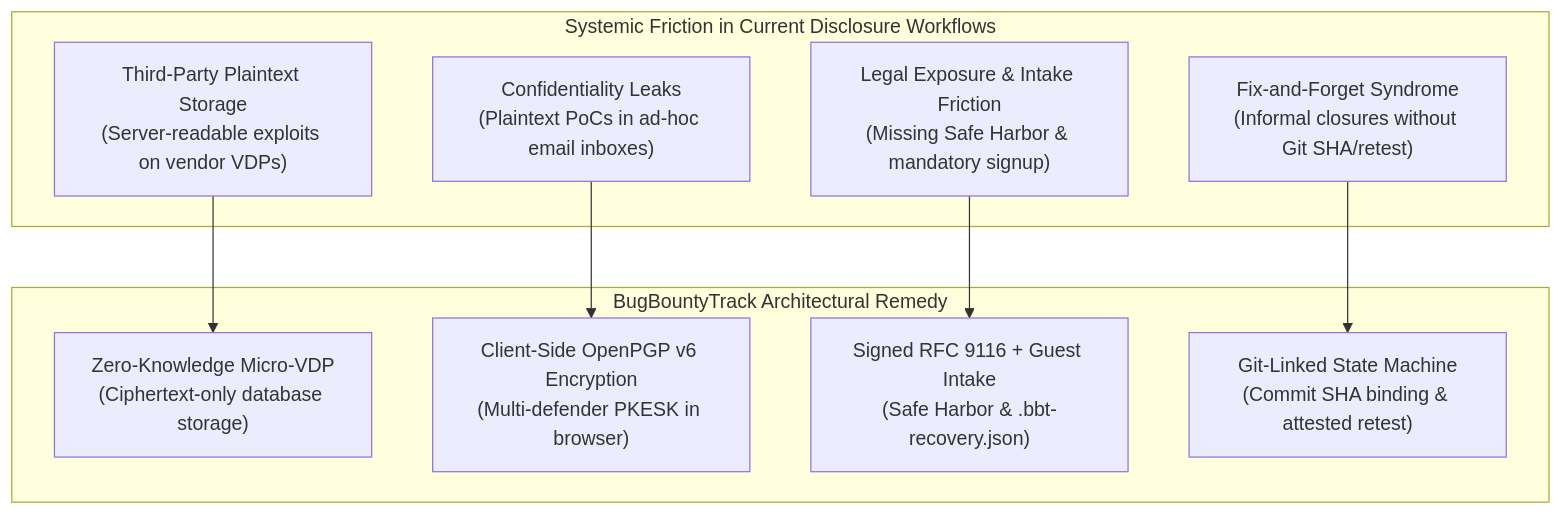
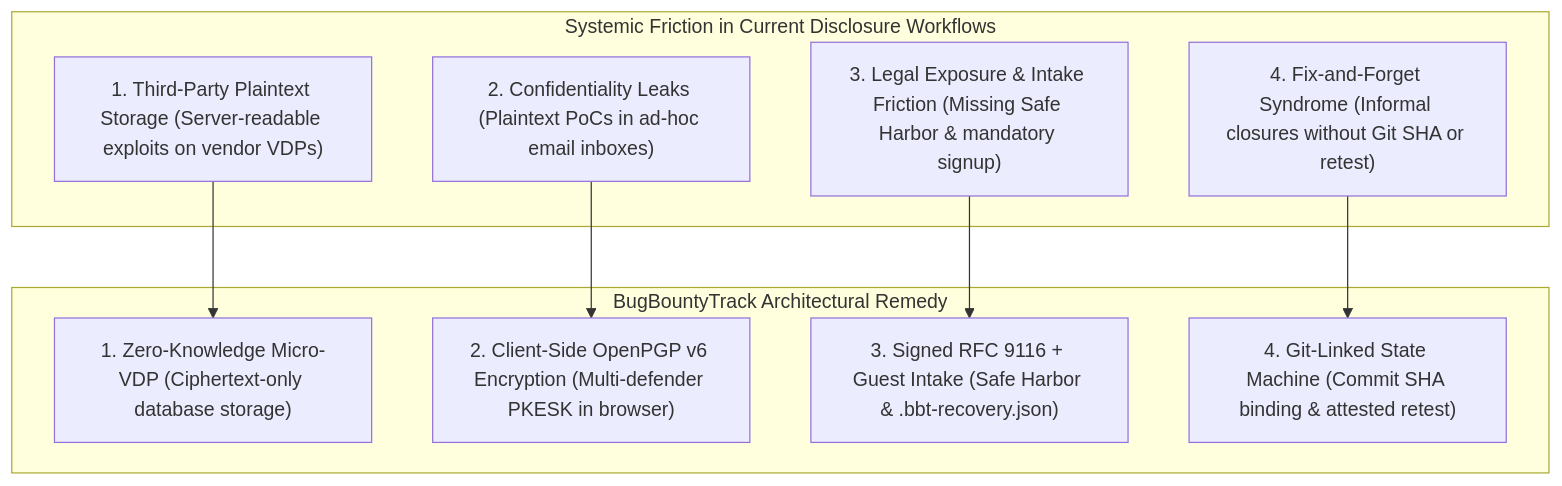
Before and after one commit to Taha-Asad/BugBountyTracker: the first of 2 diagrams in requirements/WEEK_1_DISCOVERY_REPORT.md, drawn with Mermaid. The commit also changed other lines of this file and 7 other files, not shown here.

Commit message:
fix(week1): resolve markdown table underscore emphasis, heading spacing, and mermaid syntax

````diff
--- a/requirements/WEEK_1_DISCOVERY_REPORT.md
+++ b/requirements/WEEK_1_DISCOVERY_REPORT.md
@@ -50,21 +52,21 @@
 ```mermaid
 flowchart TD
     subgraph Friction["Systemic Friction in Current Disclosure Workflows"]
-        F1["Third-Party Plaintext Storage<br/>(Server-readable exploits on vendor VDPs)"]
-        F2["Confidentiality Leaks<br/>(Plaintext PoCs in ad-hoc email inboxes)"]
-        F3["Legal Exposure & Intake Friction<br/>(Missing Safe Harbor & mandatory signup)"]
-        F4["Fix-and-Forget Syndrome<br/>(Informal closures without Git SHA/retest)"]
+        F1["1. Third-Party Plaintext Storage (Server-readable exploits on vendor VDPs)"]
+        F2["2. Confidentiality Leaks (Plaintext PoCs in ad-hoc email inboxes)"]
+        F3["3. Legal Exposure & Intake Friction (Missing Safe Harbor & mandatory signup)"]
+        F4["4. Fix-and-Forget Syndrome (Informal closures without Git SHA or retest)"]
     end
 
     subgraph Solution["BugBountyTrack Architectural Remedy"]
-        S1["Zero-Knowledge Micro-VDP<br/>(Ciphertext-only database storage)"]
-        S2["Client-Side OpenPGP v6 Encryption<br/>(Multi-defender PKESK in browser)"]
-        S3["Signed RFC 9116 + Guest Intake<br/>(Safe Harbor & .bbt-recovery.json)"]
-        S4["Git-Linked State Machine<br/>(Commit SHA binding & attested retest)"]
+        S1["1. Zero-Knowledge Micro-VDP (Ciphertext-only database storage)"]
+        S2["2. Client-Side OpenPGP v6 Encryption (Multi-defender PKESK in browser)"]
+        S3["3. Signed RFC 9116 + Guest Intake (Safe Harbor & .bbt-recovery.json)"]
+        S4["4. Git-Linked State Machine (Commit SHA binding & attested retest)"]
     end
 
     F1 --> S1
     F2 --> S2
     F3 --> S3
     F4 --> S4
 ```
````
